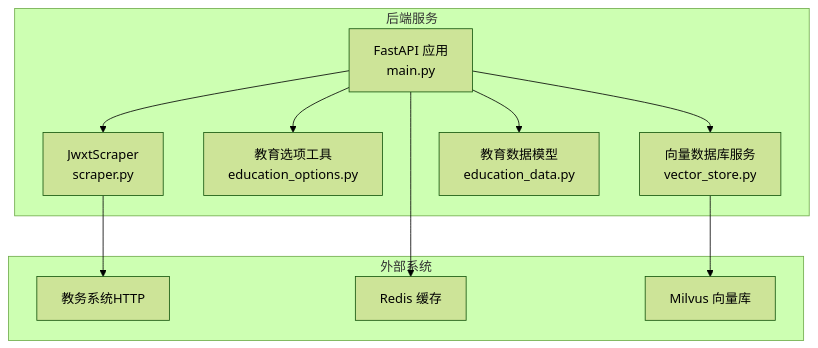
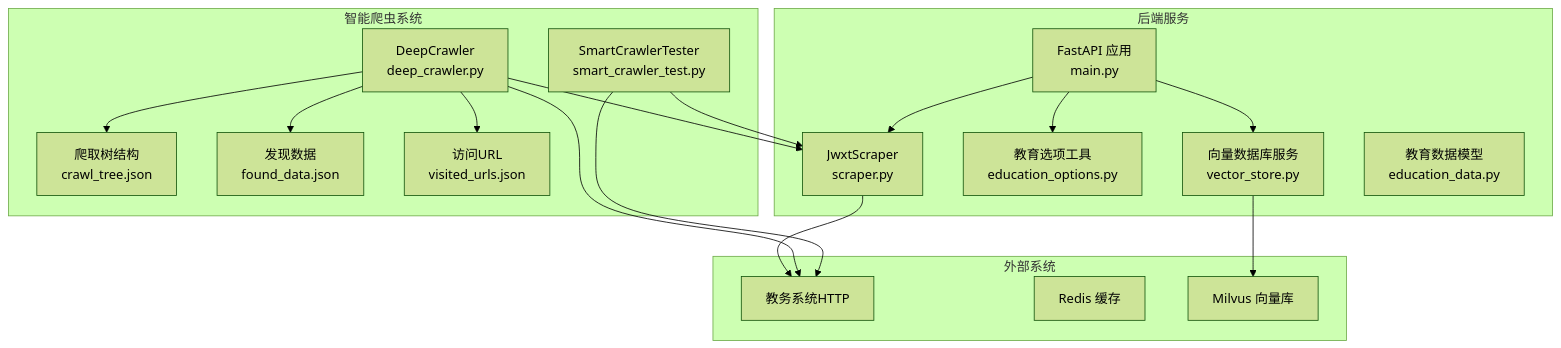
One commit to ghbbn053-ship-itsoulddog/soulddog changed the first of 6 diagrams in .qoder/repowiki/zh/content/开发指南/扩展点与插件/爬虫模块扩展/爬虫模块扩展.md. Above: the diagram before and after it, drawn with Mermaid (forest theme). The commit also changed other lines of this file and 47 other files, not shown here.

````diff
--- a/.qoder/repowiki/zh/content/开发指南/扩展点与插件/爬虫模块扩展/爬虫模块扩展.md
+++ b/.qoder/repowiki/zh/content/开发指南/扩展点与插件/爬虫模块扩展/爬虫模块扩展.md
@@ -62,22 +70,34 @@
 ```mermaid
 graph TB
 subgraph "后端服务"
 API["FastAPI 应用<br/>main.py"]
 SCR["JwxtScraper<br/>scraper.py"]
 OPT["教育选项工具<br/>education_options.py"]
 VEC["向量数据库服务<br/>vector_store.py"]
 MODEL["教育数据模型<br/>education_data.py"]
+end
+subgraph "智能爬虫系统"
+DEEP["DeepCrawler<br/>deep_crawler.py"]
+SMART["SmartCrawlerTester<br/>smart_crawler_test.py"]
+CRAWL_TREE["爬取树结构<br/>crawl_tree.json"]
+FOUND_DATA["发现数据<br/>found_data.json"]
+VISITED_URLS["访问URL<br/>visited_urls.json"]
 end
 subgraph "外部系统"
 JWXT["教务系统HTTP"]
 REDIS["Redis 缓存"]
 MILVUS["Milvus 向量库"]
 end
 API --> SCR
 API --> OPT
 API --> VEC
 SCR --> JWXT
 VEC --> MILVUS
-API --> MODEL
-API --> REDIS
+DEEP --> JWXT
+DEEP --> SCR
+SMART --> JWXT
+SMART --> SCR
+DEEP --> CRAWL_TREE
+DEEP --> FOUND_DATA
+DEEP --> VISITED_URLS
 ```
````
